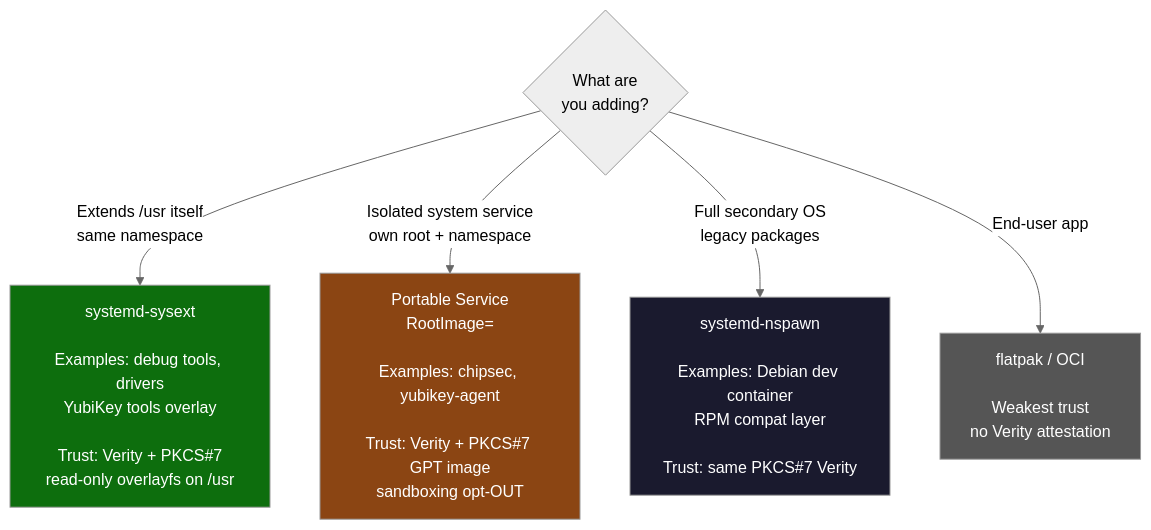
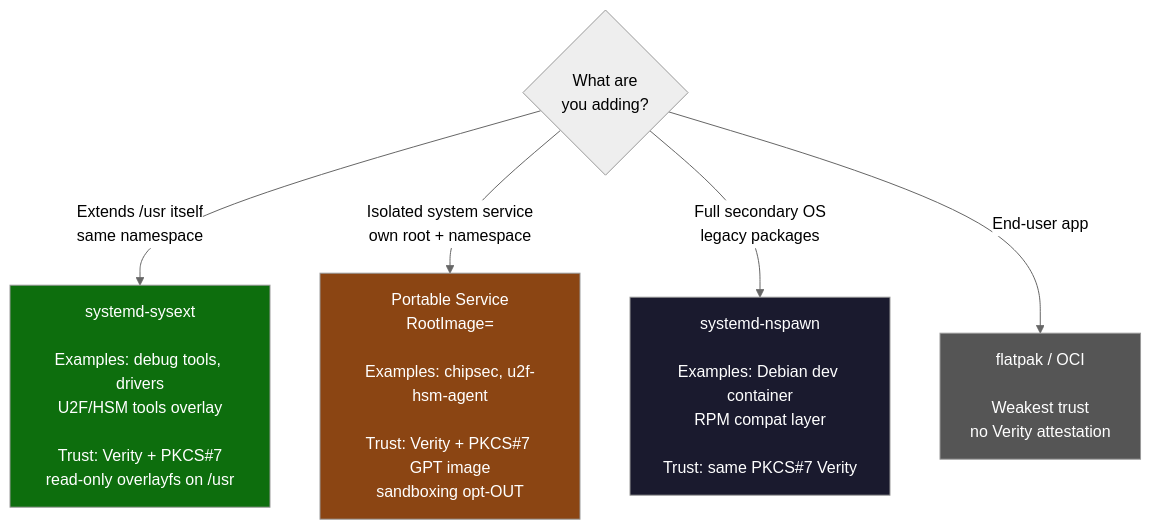
Before and after one commit to yubi-OS/yubiOS: diagram 12 of 12 in docs/ARCHITECTURE.md, drawn with Mermaid (neutral theme). The commit also changed other lines of this file and 292 other files, not shown here.

Commit message:
chore(repo): replace YubiKey/Yubikey/yubikey references with U2F/HSM across docs, scripts, tests, and workflows

````diff
--- a/docs/ARCHITECTURE.md
+++ b/docs/ARCHITECTURE.md
@@ -401,18 +401,18 @@
 ```mermaid
 graph TD
     Q{What are
 you adding?}
 
     Q -->|Extends /usr itself
-same namespace| SE["systemd-sysext\n\nExamples: debug tools, drivers\nYubiKey tools overlay\n\nTrust: Verity + PKCS#7\nread-only overlayfs on /usr"]
+same namespace| SE["systemd-sysext\n\nExamples: debug tools, drivers\nU2F/HSM tools overlay\n\nTrust: Verity + PKCS#7\nread-only overlayfs on /usr"]
     Q -->|Isolated system service
-own root + namespace| PS["Portable Service\nRootImage=\n\nExamples: chipsec, yubikey-agent\n\nTrust: Verity + PKCS#7 GPT image\nsandboxing opt-OUT"]
+own root + namespace| PS["Portable Service\nRootImage=\n\nExamples: chipsec, u2f-hsm-agent\n\nTrust: Verity + PKCS#7 GPT image\nsandboxing opt-OUT"]
     Q -->|Full secondary OS
 legacy packages| NS["systemd-nspawn\n\nExamples: Debian dev container\nRPM compat layer\n\nTrust: same PKCS#7 Verity"]
     Q -->|End-user app| FL["flatpak / OCI\n\nWeakest trust\nno Verity attestation"]
 
     style SE fill:#0d6e0d,color:#fff
     style PS fill:#8b4513,color:#fff
     style NS fill:#1a1a2e,color:#fff
     style FL fill:#555,color:#fff
 ```
````
